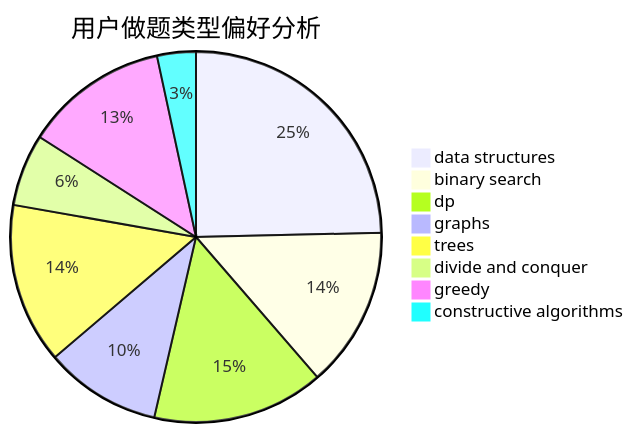
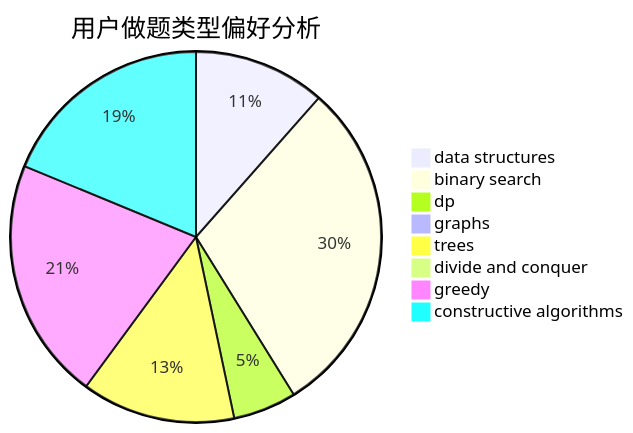
Before and after one commit to sherpahu/cfrs.github.io: the second of 3 diagrams in docs/user/u1224.md, drawn with Mermaid. The commit also changed other lines of this file and 2770 other files, not shown here.

````diff
--- a/docs/user/u1224.md
+++ b/docs/user/u1224.md
@@ -23,11 +23,11 @@
 ```mermaid
 pie title 用户做题类型偏好分析
-    "data structures" :  51
-    "binary search" :  29
-    "dp" :  31
-    "graphs" :  21
-    "trees" :  29
-    "divide and conquer" :  13
-    "greedy" :  26
-    "constructive algorithms" :  7
+    "data structures" :  73
+    "binary search" :  188
+    "dp" :  35
+    "graphs" :  3
+    "trees" :  85
+    "divide and conquer" :  0
+    "greedy" :  134
+    "constructive algorithms" :  119
 ```
````
